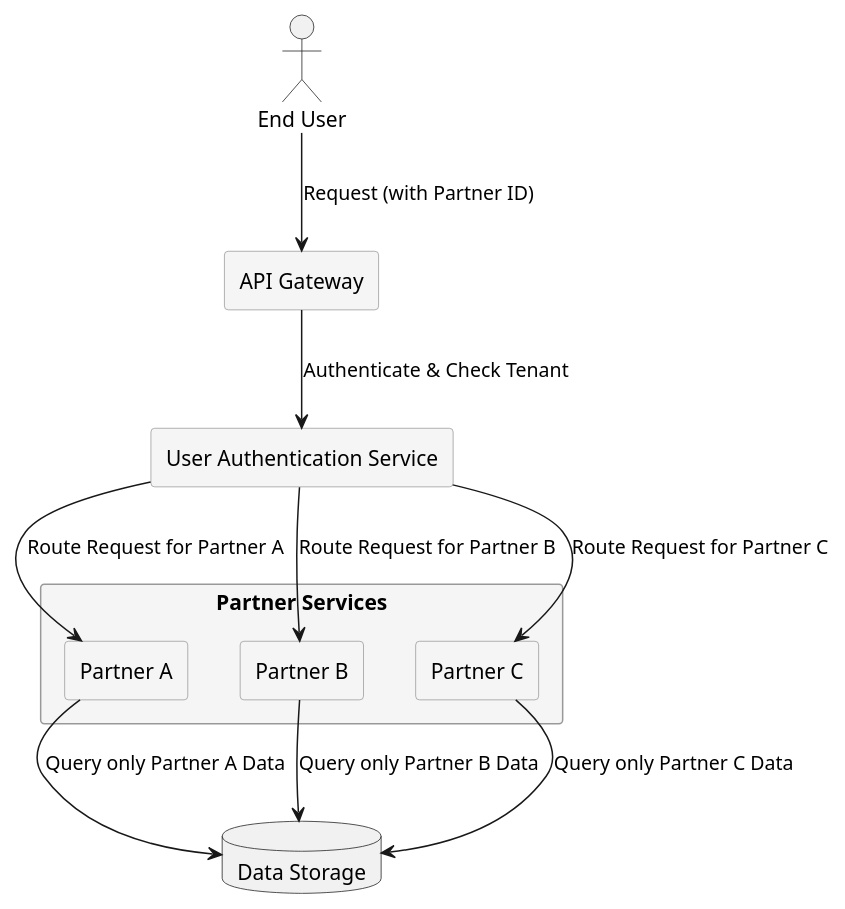
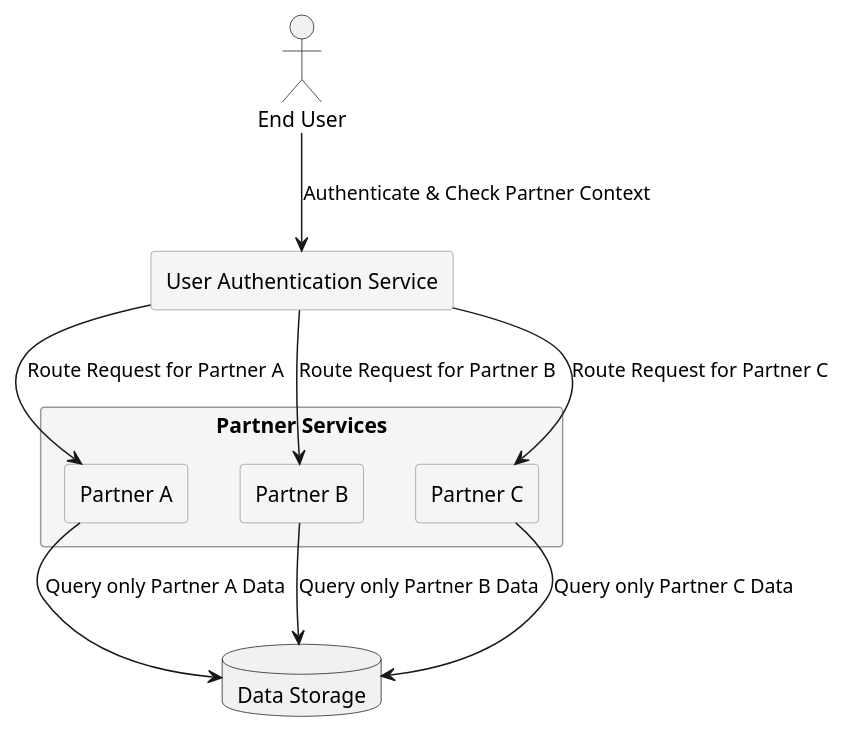
Before and after one commit to Lamhita/doctest: the diagram in docs/task1/security/multi_tenancy.md, drawn with PlantUML. The commit also changed other lines of this file and 42 other files, not shown here.

````diff
--- a/docs/task1/security/multi_tenancy.md
+++ b/docs/task1/security/multi_tenancy.md
@@ -105,30 +69,28 @@
 ```plantuml
 @startuml
 skinparam rectangle {
   BackgroundColor #F5F5F5
   BorderColor #999999
 }
 
 actor "End User" as EU
-rectangle "API Gateway" as APIGW
 rectangle "User Authentication Service" as UAS
 database "Data Storage" as DS
 
 rectangle "Partner Services" {
   rectangle "Partner A" as P1
   rectangle "Partner B" as P2
   rectangle "Partner C" as P3
 }
 
-EU --> APIGW : Request (with Partner ID)
-APIGW --> UAS : Authenticate & Check Tenant
+EU --> UAS : Authenticate & Check Partner Context
 UAS --> P1 : Route Request for Partner A
 UAS --> P2 : Route Request for Partner B
 UAS --> P3 : Route Request for Partner C
 
 P1 --> DS : Query only Partner A Data
 P2 --> DS : Query only Partner B Data
 P3 --> DS : Query only Partner C Data
 
 @enduml
 ```
````
